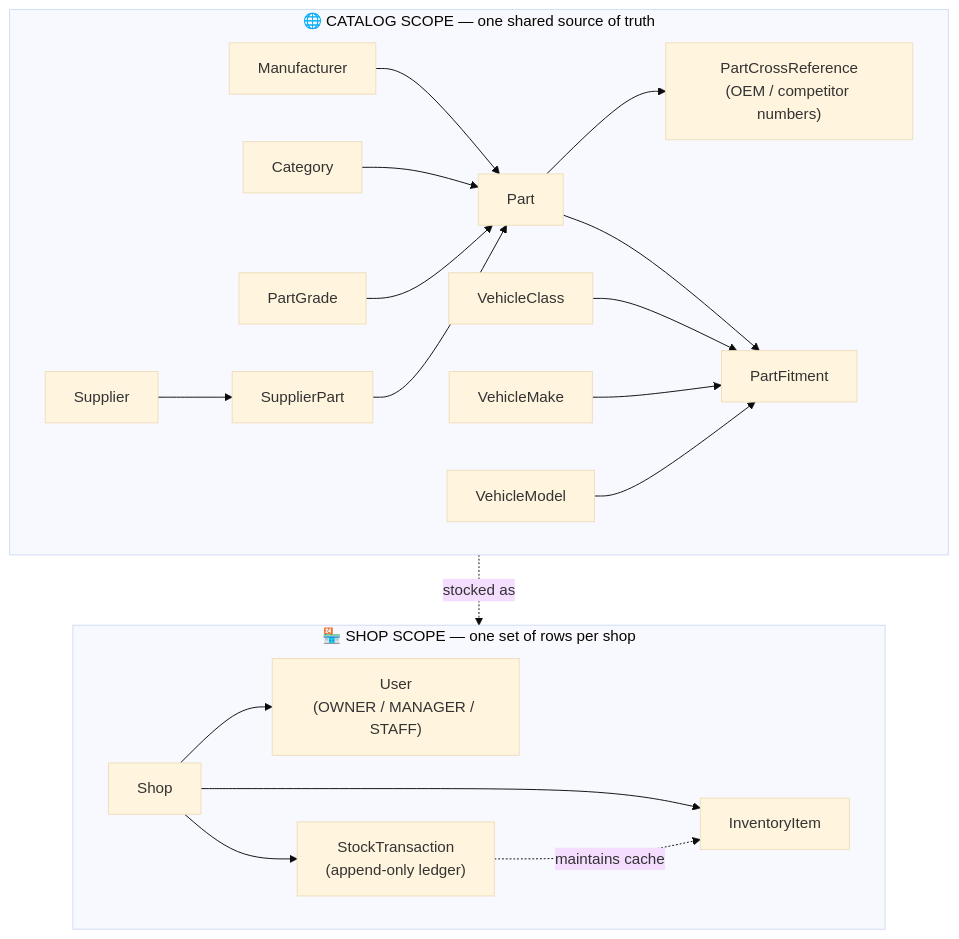
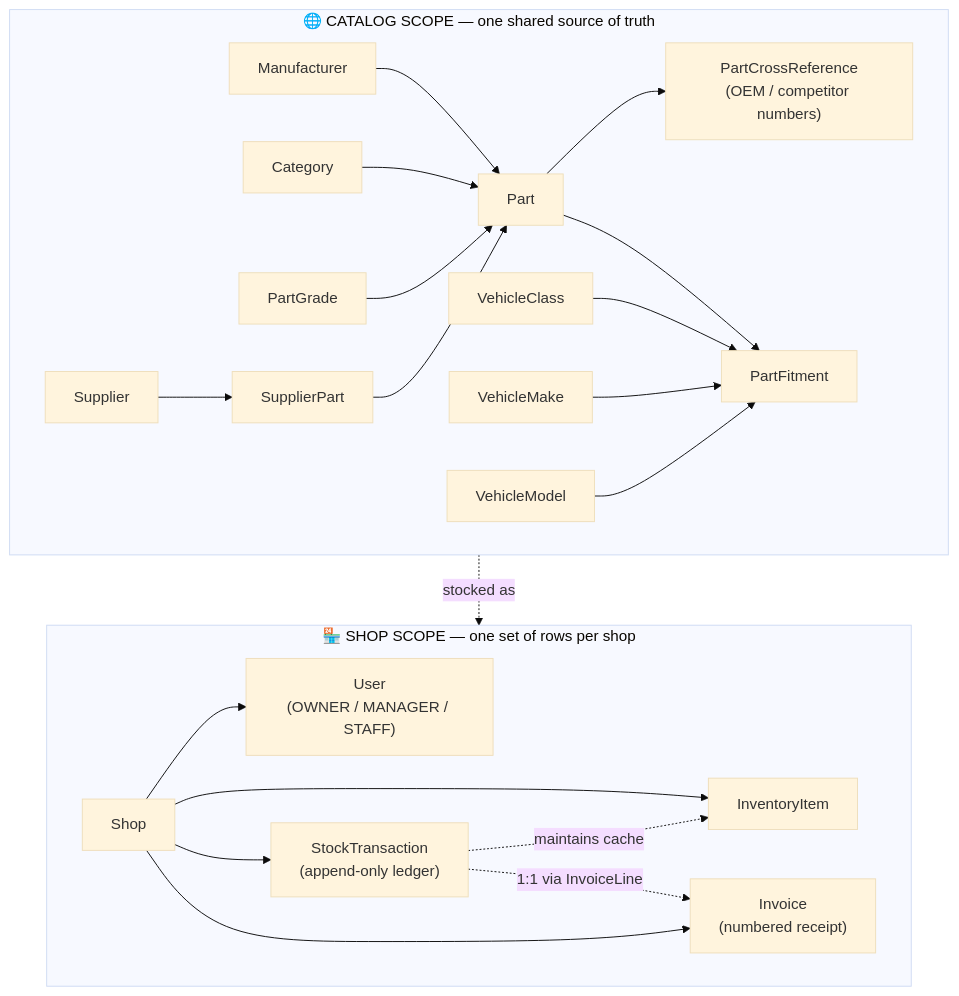
Before and after one commit to ashwaniarya/shop-management: the second of 10 diagrams in docs/domain-model.md, drawn with Mermaid (base theme). The commit also changed other lines of this file and 1 other file, not shown here.

First line of the commit message:
Round 3 finalize: domain-model doc (auth + POS) + receipt polish

````diff
--- a/docs/domain-model.md
+++ b/docs/domain-model.md
@@ -46,23 +46,25 @@
 ```mermaid
 flowchart TB
   subgraph CATALOG["🌐 CATALOG SCOPE — one shared source of truth"]
     direction LR
     Manufacturer --> Part
     Category --> Part
     PartGrade --> Part
     Part --> PartCrossReference["PartCrossReference<br/>(OEM / competitor numbers)"]
     Part --> PartFitment
     Supplier --> SupplierPart --> Part
     VehicleClass --> PartFitment
     VehicleMake --> PartFitment
     VehicleModel --> PartFitment
   end
   subgraph SHOP["🏪 SHOP SCOPE — one set of rows per shop"]
     direction LR
     Shop --> User["User<br/>(OWNER / MANAGER / STAFF)"]
     Shop --> InventoryItem
     Shop --> StockTransaction["StockTransaction<br/>(append-only ledger)"]
+    Shop --> Invoice["Invoice<br/>(numbered receipt)"]
     StockTransaction -. "maintains cache" .-> InventoryItem
+    StockTransaction -. "1:1 via InvoiceLine" .-> Invoice
   end
   Part -. "stocked as" .-> InventoryItem
 ```
````
